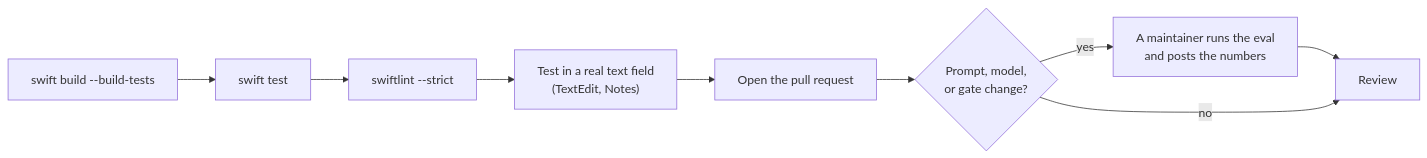
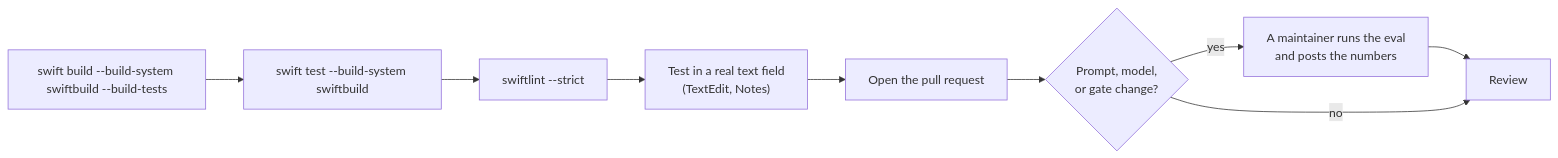
The diagram in CONTRIBUTING.md (nikiomori/Pretype), drawn with Mermaid before and after one commit. The commit also changed other lines of this file and 4 other files, not shown here.

Commit message:
build: the dev loop and the checklists build with Swift Build

````diff
--- a/CONTRIBUTING.md
+++ b/CONTRIBUTING.md
@@ -134,8 +134,8 @@
 ```mermaid
 flowchart LR
-    B["swift build --build-tests"] --> T["swift test"] --> L["swiftlint --strict"]
+    B["swift build --build-system swiftbuild --build-tests"] --> T["swift test --build-system swiftbuild"] --> L["swiftlint --strict"]
     L --> R["Test in a real text field<br/>(TextEdit, Notes)"] --> PR["Open the pull request"]
     PR --> Q{"Prompt, model,<br/>or gate change?"}
     Q -- yes --> E["A maintainer runs the eval<br/>and posts the numbers"] --> V["Review"]
     Q -- no --> V
 ```
````
